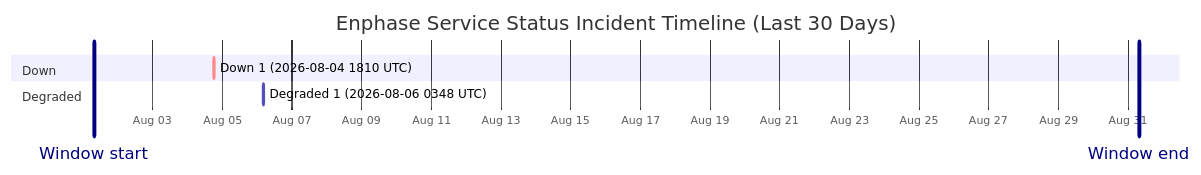
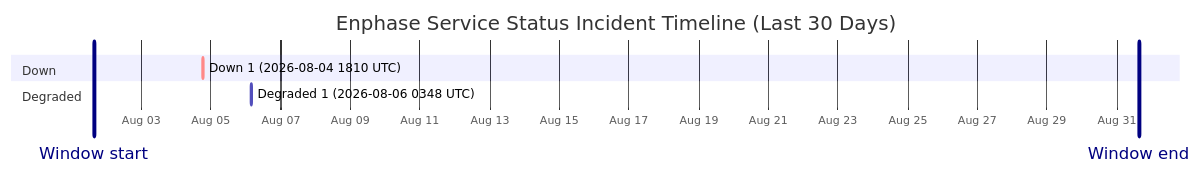
Before and after one commit to barneyonline/ha-enphase-energy: the diagram in wiki/Service-Status-History.md, drawn with Mermaid. The commit also changed other lines of this file and 3 other files, not shown here.

````diff
--- a/wiki/Service-Status-History.md
+++ b/wiki/Service-Status-History.md
@@ -14,12 +14,12 @@
 ```mermaid
 gantt
     title Enphase Service Status Incident Timeline (Last 30 Days)
     dateFormat  YYYY-MM-DDTHH:mm:ss
     axisFormat  %b %d
-    Window start :vert, window-start, 2026-08-01T07:27:32, 0ms
-    Window end :vert, window-end, 2026-08-31T07:27:32, 0ms
+    Window start :vert, window-start, 2026-08-01T15:17:48, 0ms
+    Window end :vert, window-end, 2026-08-31T15:17:48, 0ms
     section Down
     Down 1 (2026-08-04 1810 UTC) :crit, down-1, 2026-08-04T18:10:46, 60m
     section Degraded
     Degraded 1 (2026-08-06 0348 UTC) :active, degraded-1, 2026-08-06T03:48:14, 60m
 ```
````
